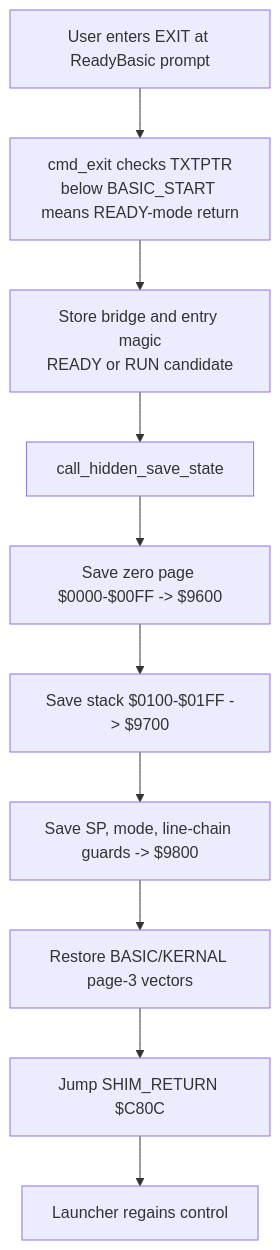
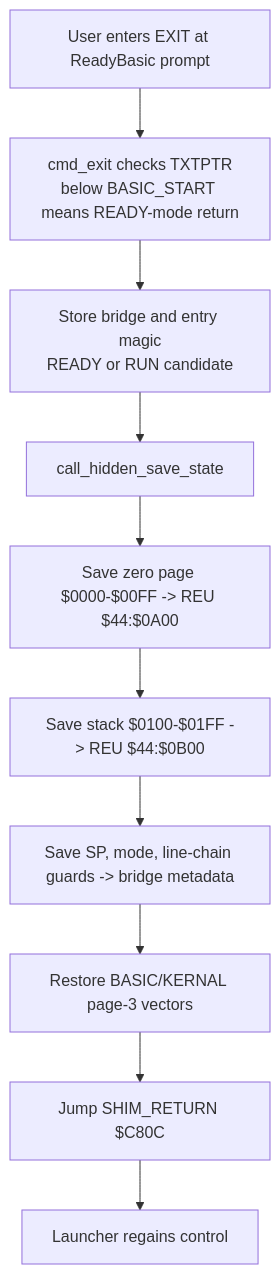
One commit to 123Onetwothree123/6502 changed the sixth of 8 diagrams in src/apps/readybasic/READYBASIC_LIFECYCLE_AND_REU_ARCHITECTURE.md. Above: the diagram before and after it, drawn with Mermaid. The commit also changed other lines of this file and 9 other files, not shown here.

````diff
--- a/src/apps/readybasic/READYBASIC_LIFECYCLE_AND_REU_ARCHITECTURE.md
+++ b/src/apps/readybasic/READYBASIC_LIFECYCLE_AND_REU_ARCHITECTURE.md
@@ -289,15 +291,15 @@
 ```mermaid
 flowchart TD
   X["User enters EXIT at ReadyBasic prompt"]
   D["cmd_exit checks TXTPTR<br/>below BASIC_START means READY-mode return"]
   M["Store bridge and entry magic<br/>READY or RUN candidate"]
   S["call_hidden_save_state"]
-  Z["Save zero page $0000-$00FF -> $9600"]
-  ST["Save stack $0100-$01FF -> $9700"]
-  META["Save SP, mode, line-chain guards -> $9800"]
+  Z["Save zero page $0000-$00FF -> REU $44:$0A00"]
+  ST["Save stack $0100-$01FF -> REU $44:$0B00"]
+  META["Save SP, mode, line-chain guards -> bridge metadata"]
   V["Restore BASIC/KERNAL page-3 vectors"]
   SHIM["Jump SHIM_RETURN $C80C"]
   L["Launcher regains control"]
 
   X --> D --> M --> S --> Z --> ST --> META --> V --> SHIM --> L
 ```
````
